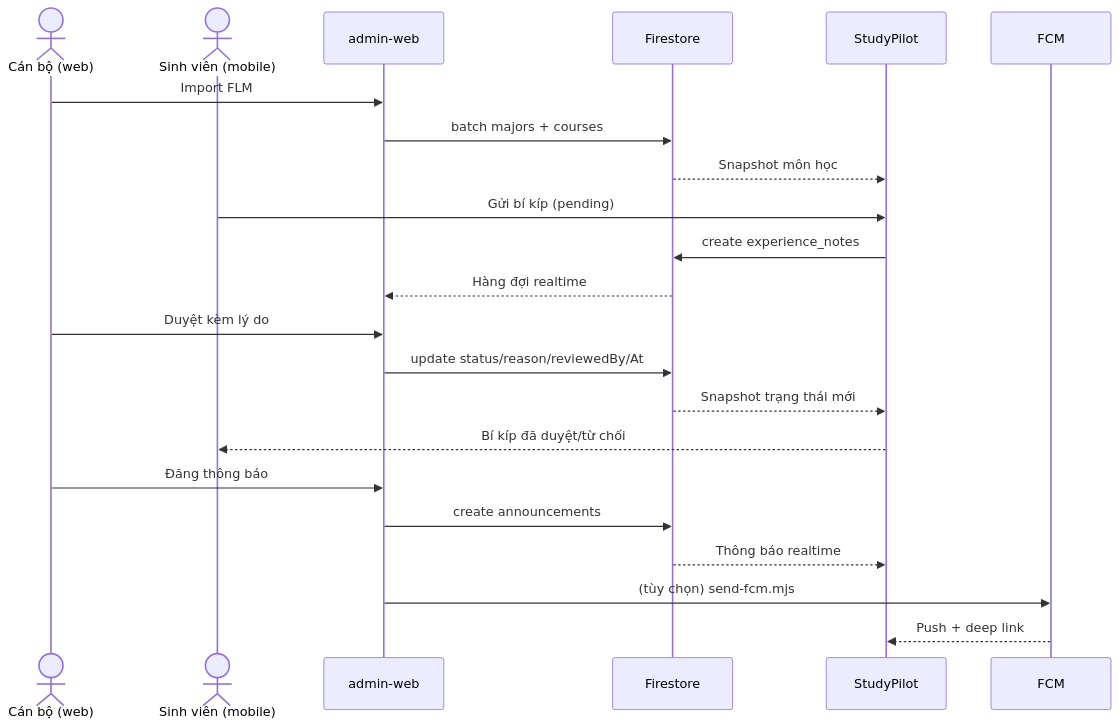
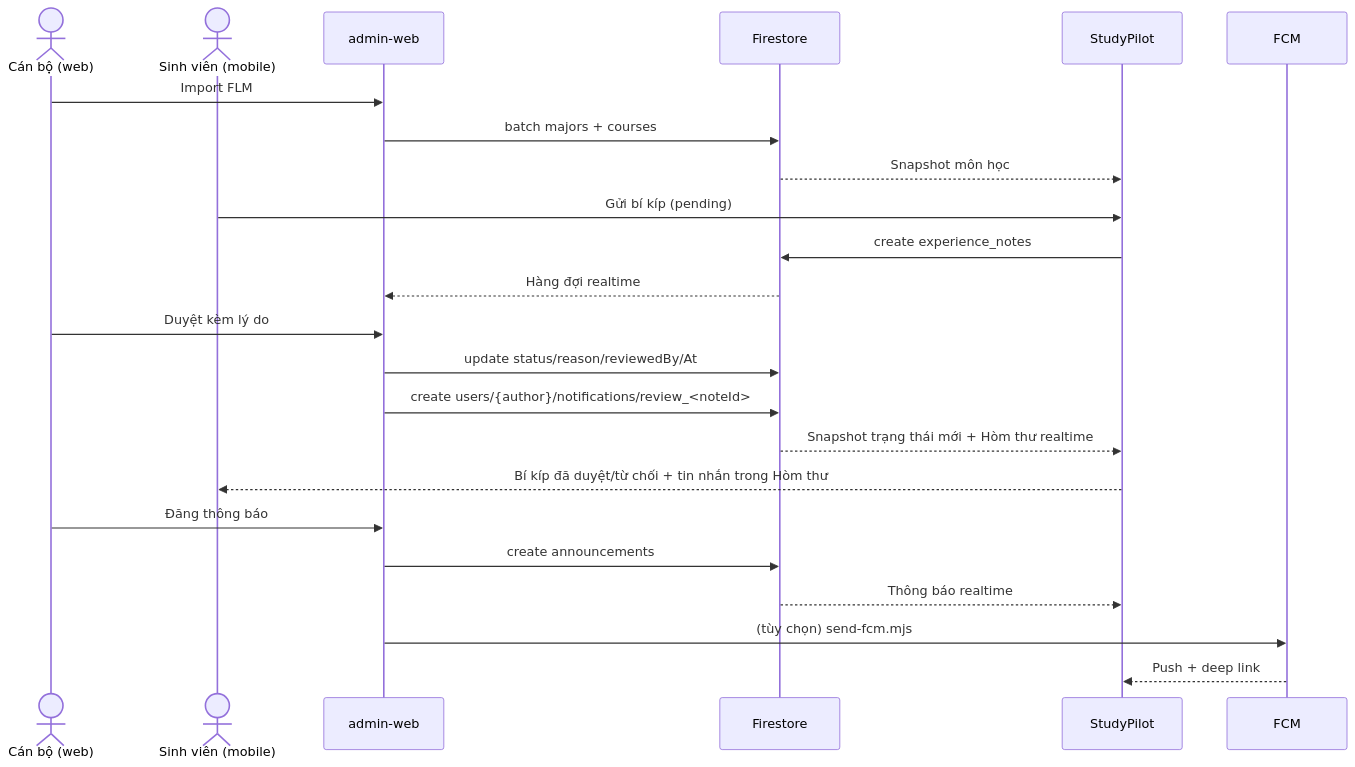
One commit to quanglong68/PRM393_Final_GR6 changed the diagram in docs/cross-role-flow.md. Above: the diagram before and after it, drawn with Mermaid. The commit also changed other lines of this file and 22 other files, not shown here.

First line of the commit message:
feat(cross-role): gửi thông báo hòm thư khi duyệt bí kíp

````diff
--- a/docs/cross-role-flow.md
+++ b/docs/cross-role-flow.md
@@ -40,25 +42,26 @@
 ```mermaid
 sequenceDiagram
     actor Staff as Cán bộ (web)
     actor Student as Sinh viên (mobile)
     participant Web as admin-web
     participant DB as Firestore
     participant App as StudyPilot
     participant FCM as FCM
 
     Staff->>Web: Import FLM
     Web->>DB: batch majors + courses
     DB-->>App: Snapshot môn học
     Student->>App: Gửi bí kíp (pending)
     App->>DB: create experience_notes
     DB-->>Web: Hàng đợi realtime
     Staff->>Web: Duyệt kèm lý do
     Web->>DB: update status/reason/reviewedBy/At
-    DB-->>App: Snapshot trạng thái mới
-    App-->>Student: Bí kíp đã duyệt/từ chối
+    Web->>DB: create users/{author}/notifications/review_<noteId>
+    DB-->>App: Snapshot trạng thái mới + Hòm thư realtime
+    App-->>Student: Bí kíp đã duyệt/từ chối + tin nhắn trong Hòm thư
     Staff->>Web: Đăng thông báo
     Web->>DB: create announcements
     DB-->>App: Thông báo realtime
     Web->>FCM: (tùy chọn) send-fcm.mjs
     FCM-->>App: Push + deep link
 ```
````
